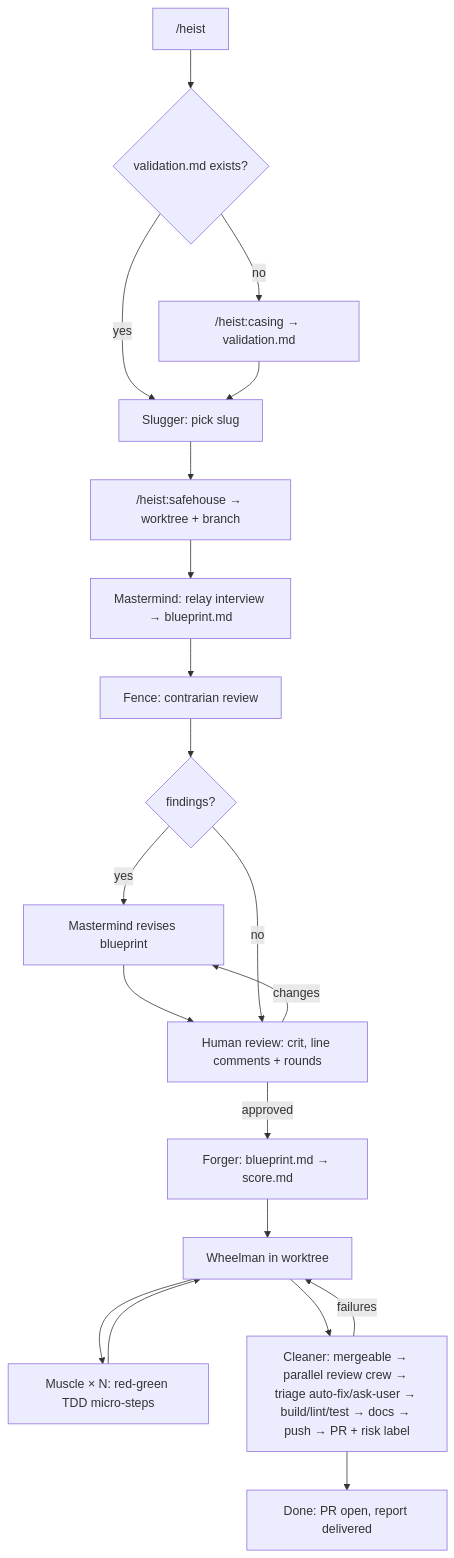
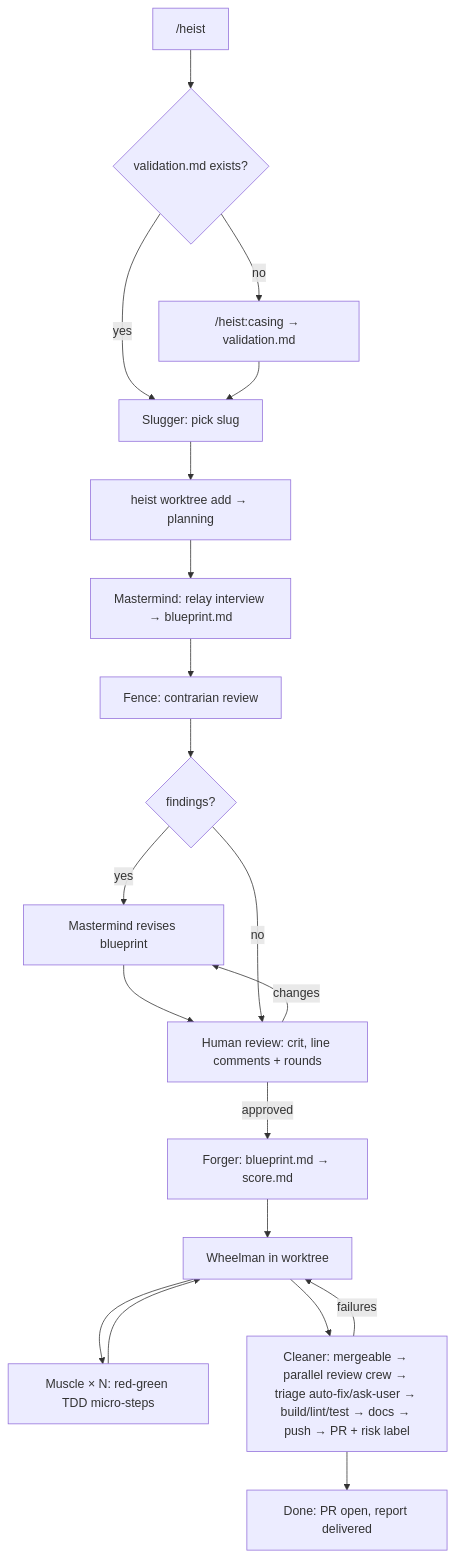
Before and after one commit to GMadorell/heist: the diagram in README.md, drawn with Mermaid. The commit also changed other lines of this file and 68 other files, not shown here.

````diff
--- a/README.md
+++ b/README.md
@@ -24,21 +24,21 @@
 ```mermaid
 flowchart TD
     A["/heist <slug>"] --> B{validation.md exists?}
     B -- no --> C["/heist:casing → validation.md"]
     B -- yes --> S[Slugger: pick slug]
     C --> S
-    S --> I["/heist:safehouse → worktree + branch"]
+    S --> I["heist worktree add → planning"]
     I --> D[Mastermind: relay interview → blueprint.md]
     D --> E[Fence: contrarian review]
     E --> F{findings?}
     F -- yes --> D2[Mastermind revises blueprint] --> G
     F -- no --> G[Human review: crit, line comments + rounds]
     G -- changes --> D2
     G -- approved --> H[Forger: blueprint.md → score.md]
     H --> J[Wheelman in worktree]
     J --> K[Muscle × N: red-green TDD micro-steps]
     K --> J
     J --> L[Cleaner: mergeable → parallel review crew → triage auto-fix/ask-user → build/lint/test → docs → push → PR + risk label]
     L -- failures --> J
     L --> M[Done: PR open, report delivered]
 ```
````
